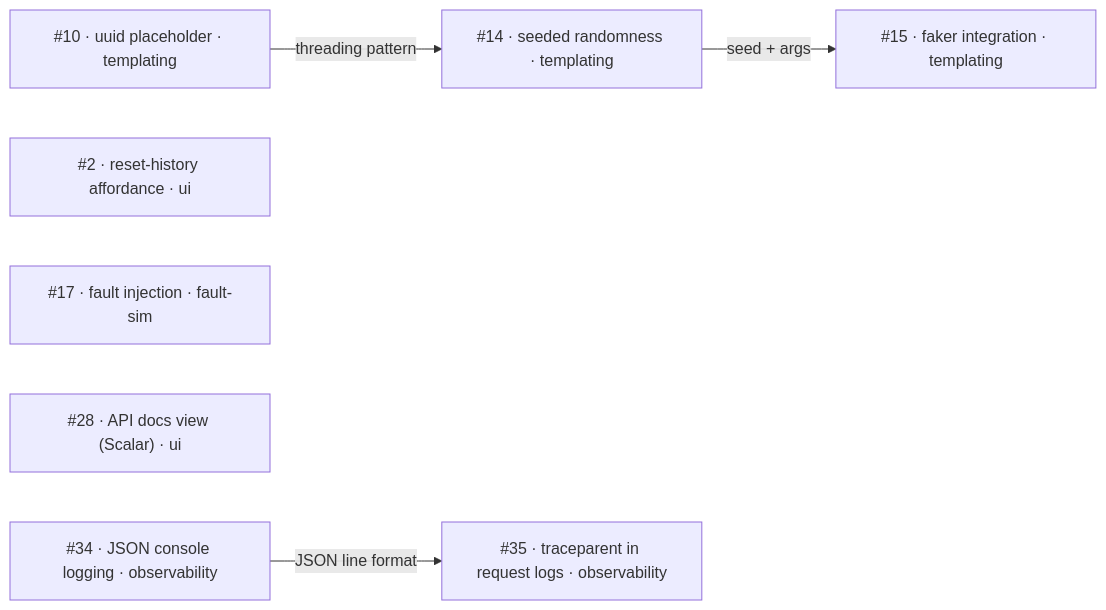
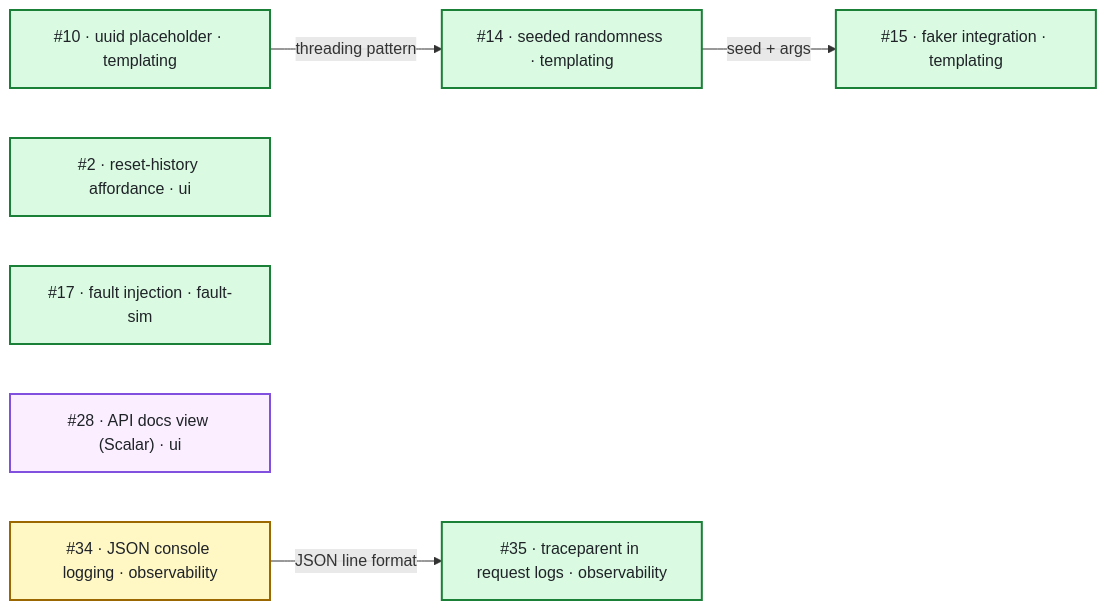
The first of 2 diagrams in tickets.md (bilal-fazlani/mock-server), drawn with Mermaid before and after one commit. The commit also changed other lines of this file and 2 other files, not shown here.

````diff
--- a/tickets.md
+++ b/tickets.md
@@ -5,15 +5,25 @@
 ```mermaid
 flowchart LR
   I10["#10 · uuid placeholder · templating"]
   I14["#14 · seeded randomness · templating"]
   I15["#15 · faker integration · templating"]
   I2["#2 · reset-history affordance · ui"]
   I17["#17 · fault injection · fault-sim"]
   I28["#28 · API docs view (Scalar) · ui"]
   I34["#34 · JSON console logging · observability"]
   I35["#35 · traceparent in request logs · observability"]
 
   I10 -- "threading pattern" --> I14
   I14 -- "seed + args" --> I15
   I34 -- "JSON line format" --> I35
+
+  classDef backlog    fill:#dafbe1,stroke:#1a7f37,stroke-width:2px,color:#1f2328
+  classDef refining   fill:#ffeff7,stroke:#bf3989,stroke-width:2px,color:#1f2328
+  classDef ready      fill:#ddf4ff,stroke:#0969da,stroke-width:2px,color:#1f2328
+  classDef inprogress fill:#fff8c5,stroke:#9a6700,stroke-width:2px,color:#1f2328
+  classDef inreview   fill:#fbefff,stroke:#8250df,stroke-width:2px,color:#1f2328
+
+  class I2,I10,I14,I15,I17,I35 backlog
+  class I34 inprogress
+  class I28 inreview
 ```
````
